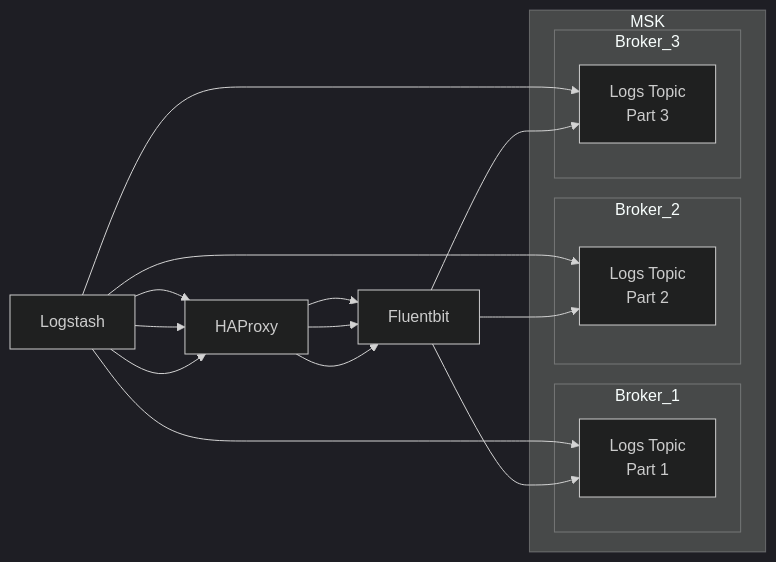
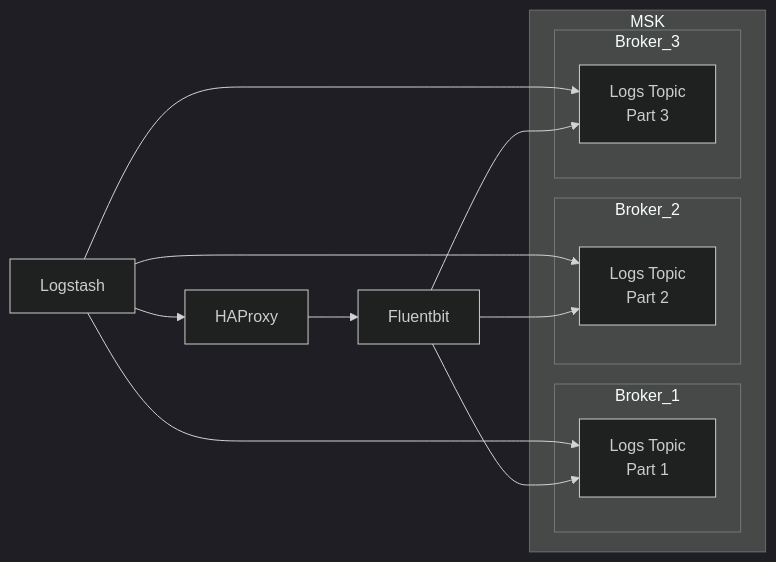
Before and after one commit to Saskia-MDTP/can-hedgehogs-fly: the second of 2 diagrams in README.md, drawn with Mermaid (dark theme).

````diff
--- a/README.md
+++ b/README.md
@@ -15,20 +15,21 @@
 ```mermaid
   graph LR;
       subgraph MSK
           subgraph Broker_1
               P1[Logs Topic<br/>Part 1];
            end
           subgraph Broker_2
               P2[Logs Topic<br/>Part 2];
            end
           subgraph Broker_3
               P3[Logs Topic<br/>Part 3];
            end
        end
        Logstash-->P1;
        Logstash-->P2;
        Logstash-->P3;
-       Logstash-->HAProxy-->Fluentbit-->P1;
-       Logstash-->HAProxy-->Fluentbit-->P2;
-       Logstash-->HAProxy-->Fluentbit-->P3;
+       Logstash-->HAProxy-->Fluentbit;
+       Fluentbit-->P1;
+       Fluentbit-->P2;
+       Fluentbit-->P3;
 ```
````
